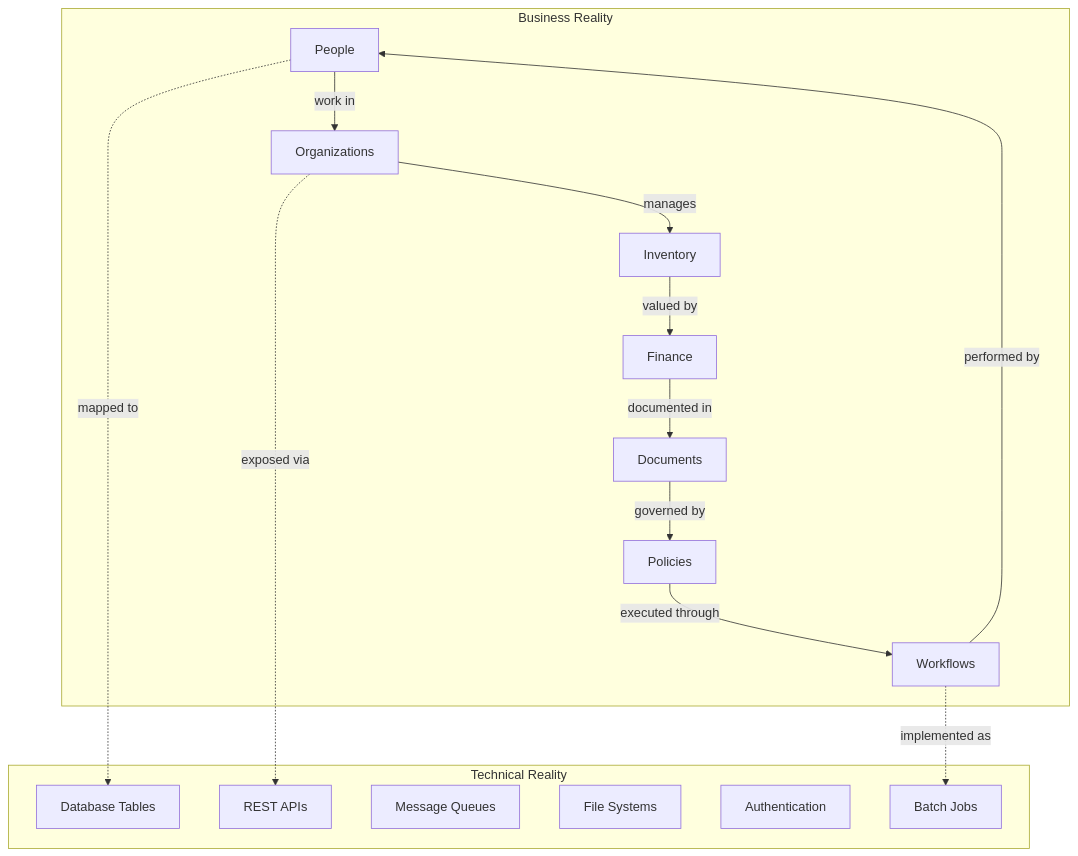
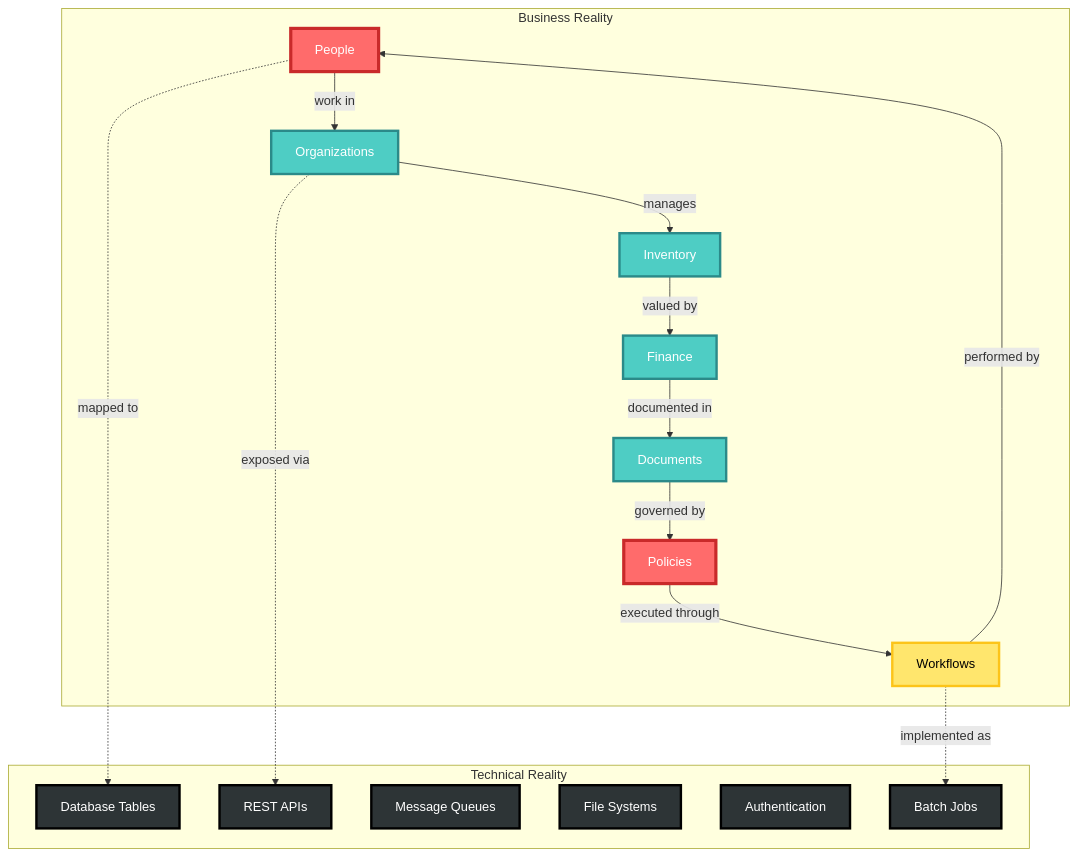
One commit to TheCowboyAI/cim changed the third of 8 diagrams in readme.md. Above: the diagram before and after it, drawn with Mermaid. The commit also changed other lines of this file and 12 other files, not shown here.

````diff
--- a/readme.md
+++ b/readme.md
@@ -93,33 +113,48 @@
 ```mermaid
 graph TD
     subgraph "Business Reality"
         A[People]
         B[Organizations]
         C[Inventory]
         D[Finance]
         E[Documents]
         F[Policies]
         G[Workflows]
         
         A -->|work in| B
         B -->|manages| C
         C -->|valued by| D
         D -->|documented in| E
         E -->|governed by| F
         F -->|executed through| G
         G -->|performed by| A
     end
     
     subgraph "Technical Reality"
         H[Database Tables]
         I[REST APIs]
         J[Message Queues]
         K[File Systems]
         L[Authentication]
         M[Batch Jobs]
     end
     
     A -.->|mapped to| H
     B -.->|exposed via| I
     G -.->|implemented as| M
+    
+    %% Styling - business concepts vs technical implementation
+    style A fill:#FF6B6B,stroke:#C92A2A,stroke-width:4px,color:#FFF
+    style B fill:#4ECDC4,stroke:#2B8A89,stroke-width:3px,color:#FFF
+    style C fill:#4ECDC4,stroke:#2B8A89,stroke-width:3px,color:#FFF
+    style D fill:#4ECDC4,stroke:#2B8A89,stroke-width:3px,color:#FFF
+    style E fill:#4ECDC4,stroke:#2B8A89,stroke-width:3px,color:#FFF
+    style F fill:#FF6B6B,stroke:#C92A2A,stroke-width:4px,color:#FFF
+    style G fill:#FFE66D,stroke:#FCC419,stroke-width:3px,color:#000
+    style H fill:#2D3436,stroke:#000,stroke-width:3px,color:#FFF
+    style I fill:#2D3436,stroke:#000,stroke-width:3px,color:#FFF
+    style J fill:#2D3436,stroke:#000,stroke-width:3px,color:#FFF
+    style K fill:#2D3436,stroke:#000,stroke-width:3px,color:#FFF
+    style L fill:#2D3436,stroke:#000,stroke-width:3px,color:#FFF
+    style M fill:#2D3436,stroke:#000,stroke-width:3px,color:#FFF
 ```
````
